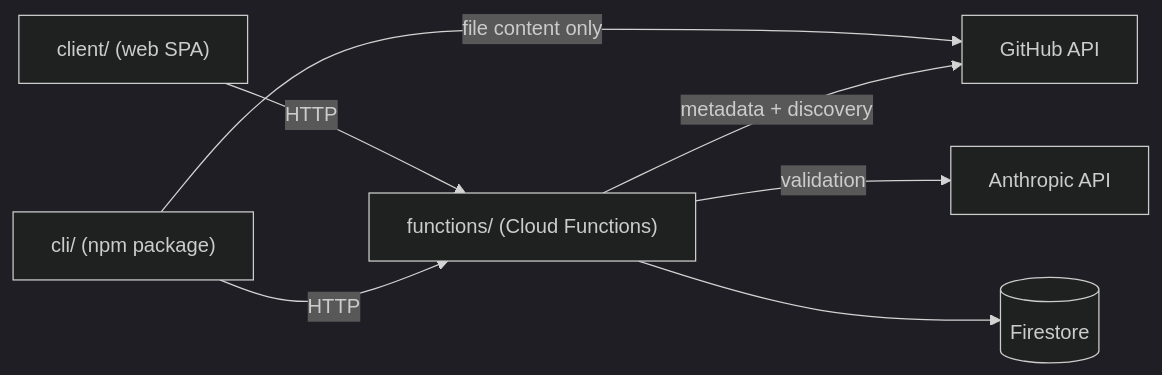
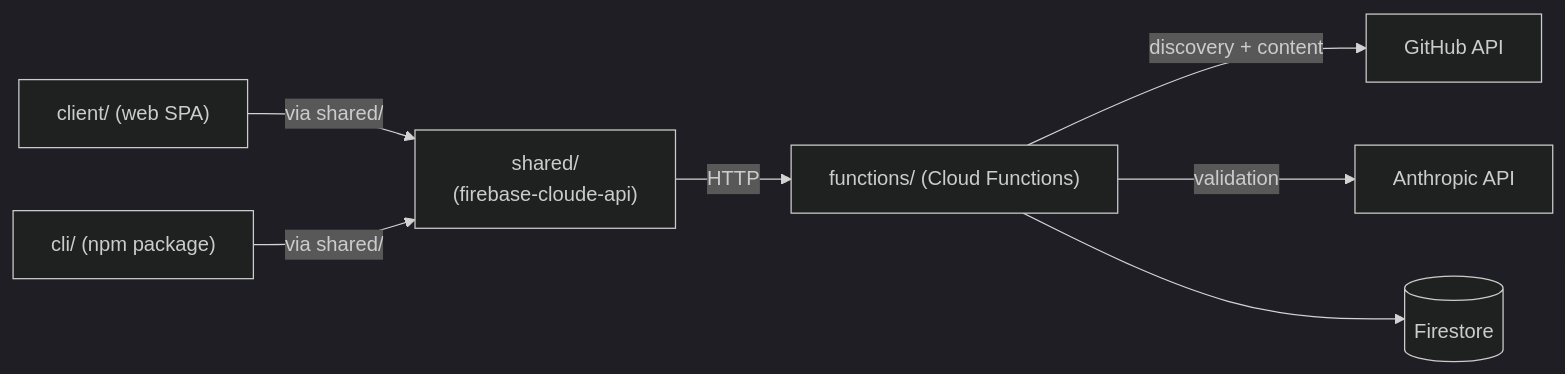
Before and after one commit to dosandk/SkillStack: the diagram in wiki/architecture-invariants.md, drawn with Mermaid (dark theme). The commit also changed other lines of this file and 42 other files, not shown here.

````diff
--- a/wiki/architecture-invariants.md
+++ b/wiki/architecture-invariants.md
@@ -12,9 +12,9 @@
 ```mermaid
 flowchart LR
-    Client["client/ (web SPA)"] -->|HTTP| Functions["functions/ (Cloud Functions)"]
-    CLI["cli/ (npm package)"] -->|HTTP| Functions
-    CLI -->|"file content only"| GitHub["GitHub API"]
-    Functions -->|"metadata + discovery"| GitHub
+    Client["client/ (web SPA)"] -->|"via shared/"| Shared["shared/\n(firebase-cloude-api)"]
+    CLI["cli/ (npm package)"] -->|"via shared/"| Shared
+    Shared -->|HTTP| Functions["functions/ (Cloud Functions)"]
+    Functions -->|"discovery + content"| GitHub["GitHub API"]
     Functions -->|"validation"| Anthropic["Anthropic API"]
     Functions --> Firestore[("Firestore")]
 ```
````
